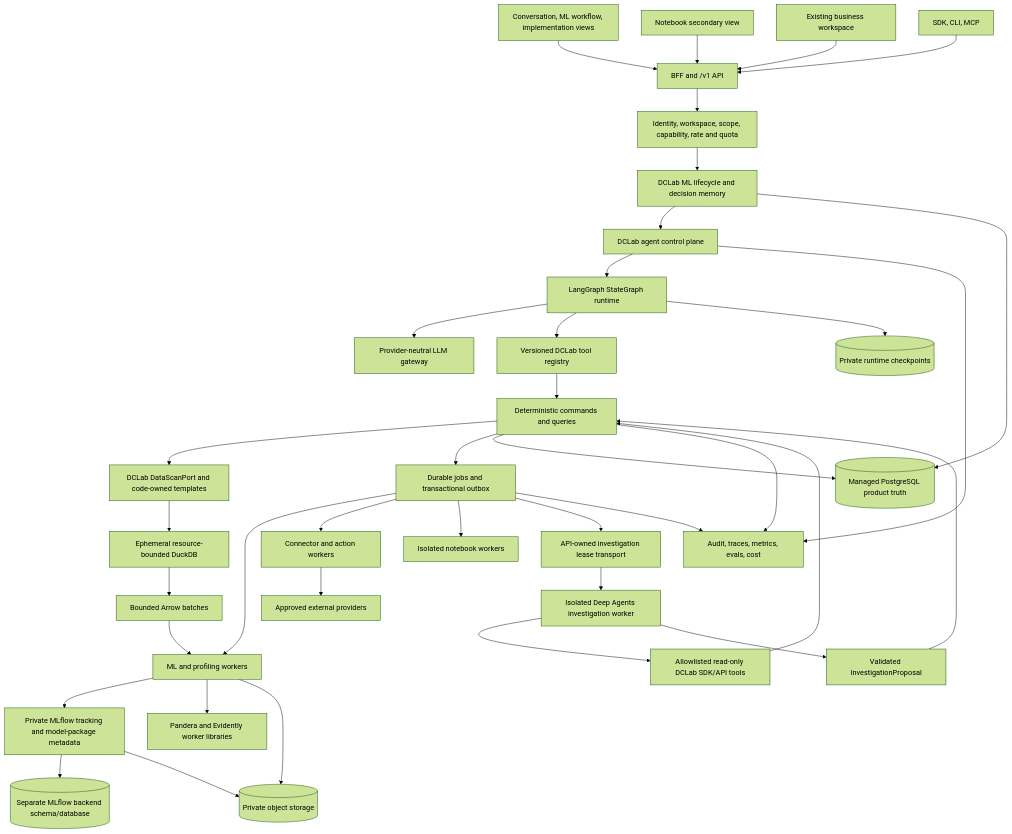
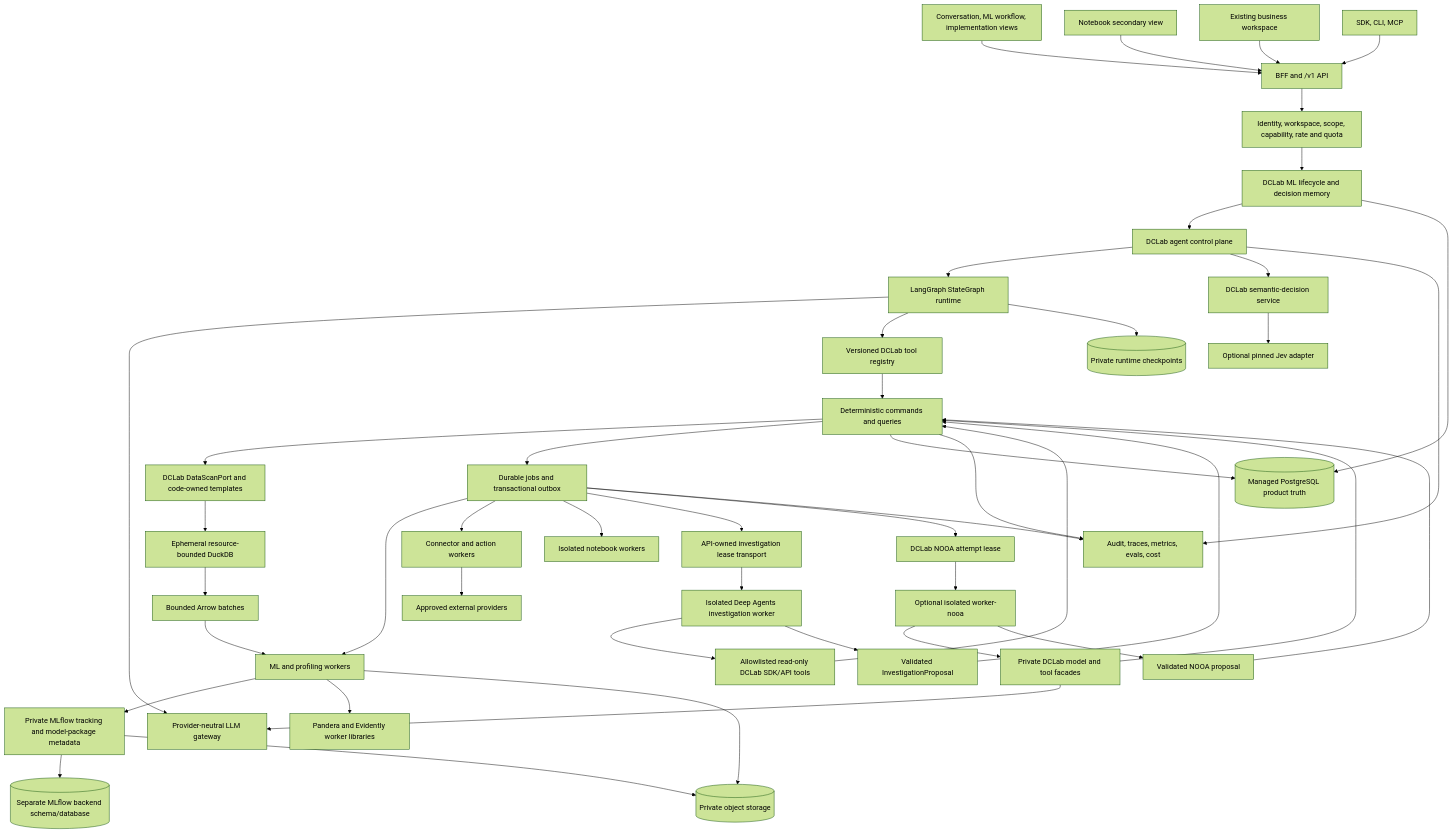
One commit to Shahriyar-Moradi/DCLab changed the first of 3 diagrams in docs/agentic-program/MASTER_SCOPE_0_TO_10_PLAN.md. Above: the diagram before and after it, drawn with Mermaid (forest theme). The commit also changed other lines of this file and 154 other files, not shown here.

````diff
--- a/docs/agentic-program/MASTER_SCOPE_0_TO_10_PLAN.md
+++ b/docs/agentic-program/MASTER_SCOPE_0_TO_10_PLAN.md
@@ -334,40 +366,49 @@
 ```mermaid
 flowchart TD
     UI[Conversation, ML workflow, implementation views] --> EDGE[BFF and /v1 API]
     NOTEBOOK[Notebook secondary view] --> EDGE
     BUSINESS[Existing business workspace] --> EDGE
     DEV[SDK, CLI, MCP] --> EDGE
     EDGE --> AUTH[Identity, workspace, scope, capability, rate and quota]
     AUTH --> LIFE[DCLab ML lifecycle and decision memory]
     LIFE --> AOS[DCLab agent control plane]
     AOS --> GRAPH[LangGraph StateGraph runtime]
+    AOS --> SEM[DCLab semantic-decision service]
+    SEM --> JEV[Optional pinned Jev adapter]
     GRAPH --> LLM[Provider-neutral LLM gateway]
     GRAPH --> TOOLS[Versioned DCLab tool registry]
     TOOLS --> APP[Deterministic commands and queries]
     APP --> SCAN[DCLab DataScanPort and code-owned templates]
     SCAN --> DDB[Ephemeral resource-bounded DuckDB]
     DDB --> ARROW[Bounded Arrow batches]
     ARROW --> ML[Deterministic ML and profiling services]
     APP --> QUEUE[Durable jobs and transactional outbox]
     QUEUE --> ML[ML and profiling workers]
     ML --> TRACK[Private MLflow tracking and model-package metadata]
     ML --> VALIDATE[Pandera and Evidently worker libraries]
     QUEUE --> INT[Connector and action workers]
     QUEUE --> NB[Isolated notebook workers]
     QUEUE --> LEASE[API-owned investigation lease transport]
     LEASE --> INV[Isolated Deep Agents investigation worker]
     INV --> READ[Allowlisted read-only DCLab SDK/API tools]
     READ --> APP
     INV --> PROP[Validated InvestigationProposal]
     PROP --> APP
+    QUEUE --> NLEASE[DCLab NOOA attempt lease]
+    NLEASE --> NOOA[Optional isolated worker-nooa]
+    NOOA --> FACADES[Private DCLab model and tool facades]
+    FACADES --> LLM
+    FACADES --> APP
+    NOOA --> NPROP[Validated NOOA proposal]
+    NPROP --> APP
     APP --> DB[(Managed PostgreSQL product truth)]
     LIFE --> DB
     ML --> OBJ[(Private object storage)]
     TRACK --> MLFDB[(Separate MLflow backend schema/database)]
     TRACK --> OBJ
     INT --> EXT[Approved external providers]
     GRAPH --> CHECKPOINT[(Private runtime checkpoints)]
     AOS --> OBS[Audit, traces, metrics, evals, cost]
     APP --> OBS
     QUEUE --> OBS
 ```
````
